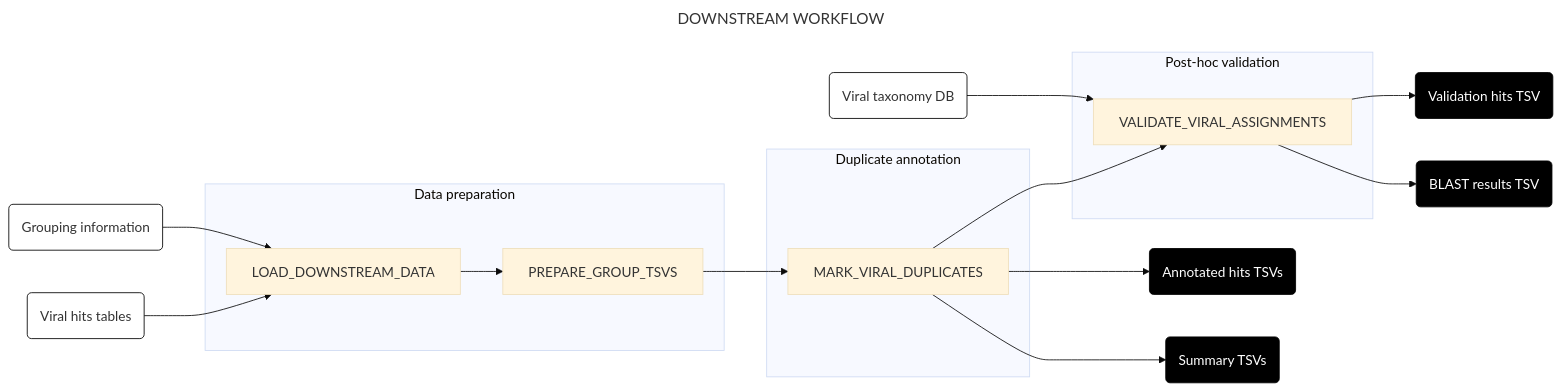
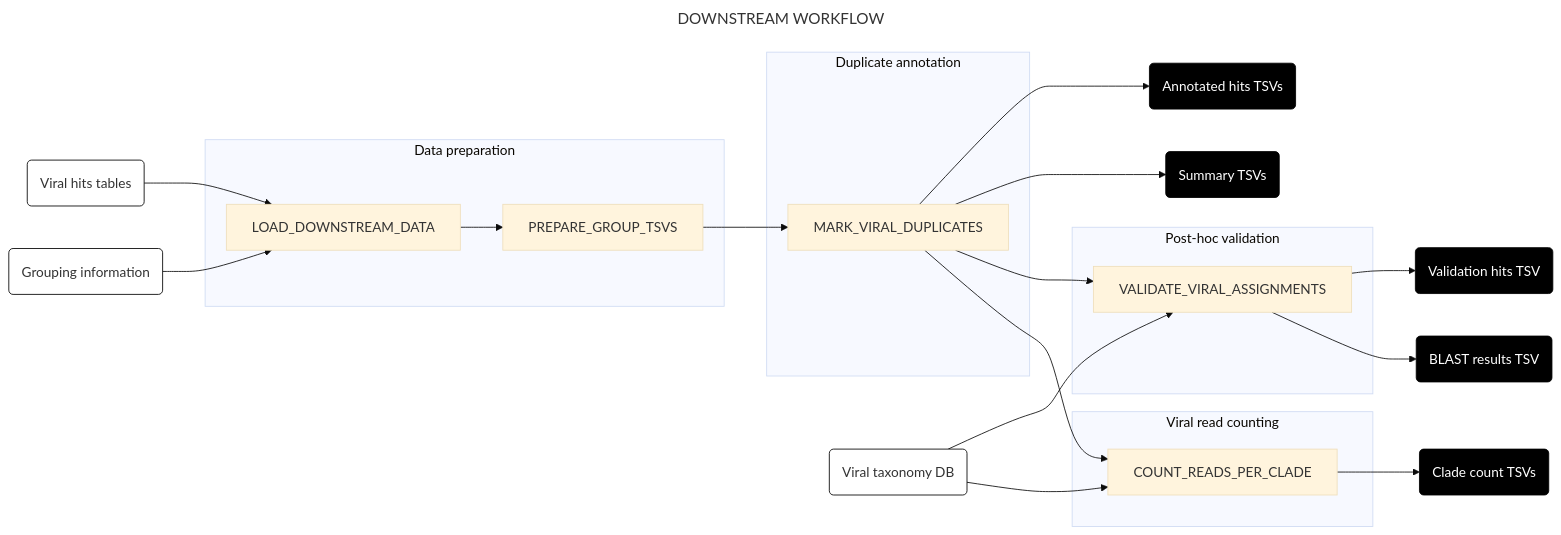
One commit to naobservatory/mgs-workflow changed the first of 11 diagrams in docs/downstream.md. Above: the diagram before and after it, drawn with Mermaid (base theme). The commit also changed other lines of this file and 118 other files, not shown here.

````diff
--- a/docs/downstream.md
+++ b/docs/downstream.md
@@ -13,34 +13,41 @@
 ```mermaid
 ---
 title: DOWNSTREAM WORKFLOW
 config:
   layout: horizontal
 ---
 flowchart LR
 A(Viral hits tables) & B(Grouping information) --> C[LOAD_DOWNSTREAM_DATA]
 C --> D[PREPARE_GROUP_TSVS]
 D --> E[MARK_VIRAL_DUPLICATES]
+E --> J(Annotated hits TSVs)
+E --> K(Summary TSVs)
 E --> F[VALIDATE_VIRAL_ASSIGNMENTS]
 G(Viral taxonomy DB) --> F
 F --> H(Validation hits TSV)
 F --> I(BLAST results TSV)
-E --> J(Annotated hits TSVs)
-E --> K(Summary TSVs)
+G --> L[COUNT_READS_PER_CLADE]
+E --> L
+L --> M(Clade count TSVs)
 subgraph "Data preparation"
 C
 D
 end
 subgraph "Duplicate annotation"
 E
 end
 subgraph "Post-hoc validation"
 F
 end
+subgraph "Viral read counting"
+L
+end
 style A fill:#fff,stroke:#000
 style B fill:#fff,stroke:#000
 style G fill:#fff,stroke:#000
 style H fill:#000,color:#fff,stroke:#000
 style I fill:#000,color:#fff,stroke:#000
 style J fill:#000,color:#fff,stroke:#000
 style K fill:#000,color:#fff,stroke:#000
+style M fill:#000,color:#fff,stroke:#000
 ```
````
